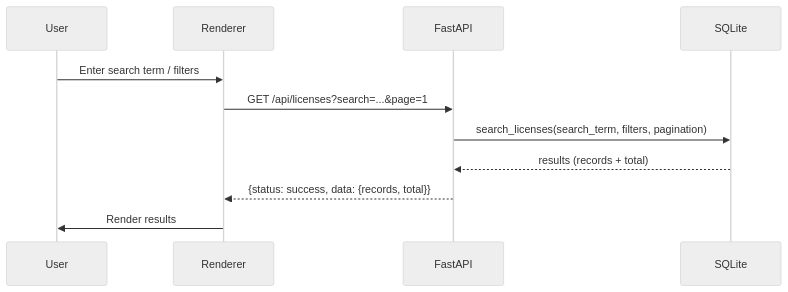
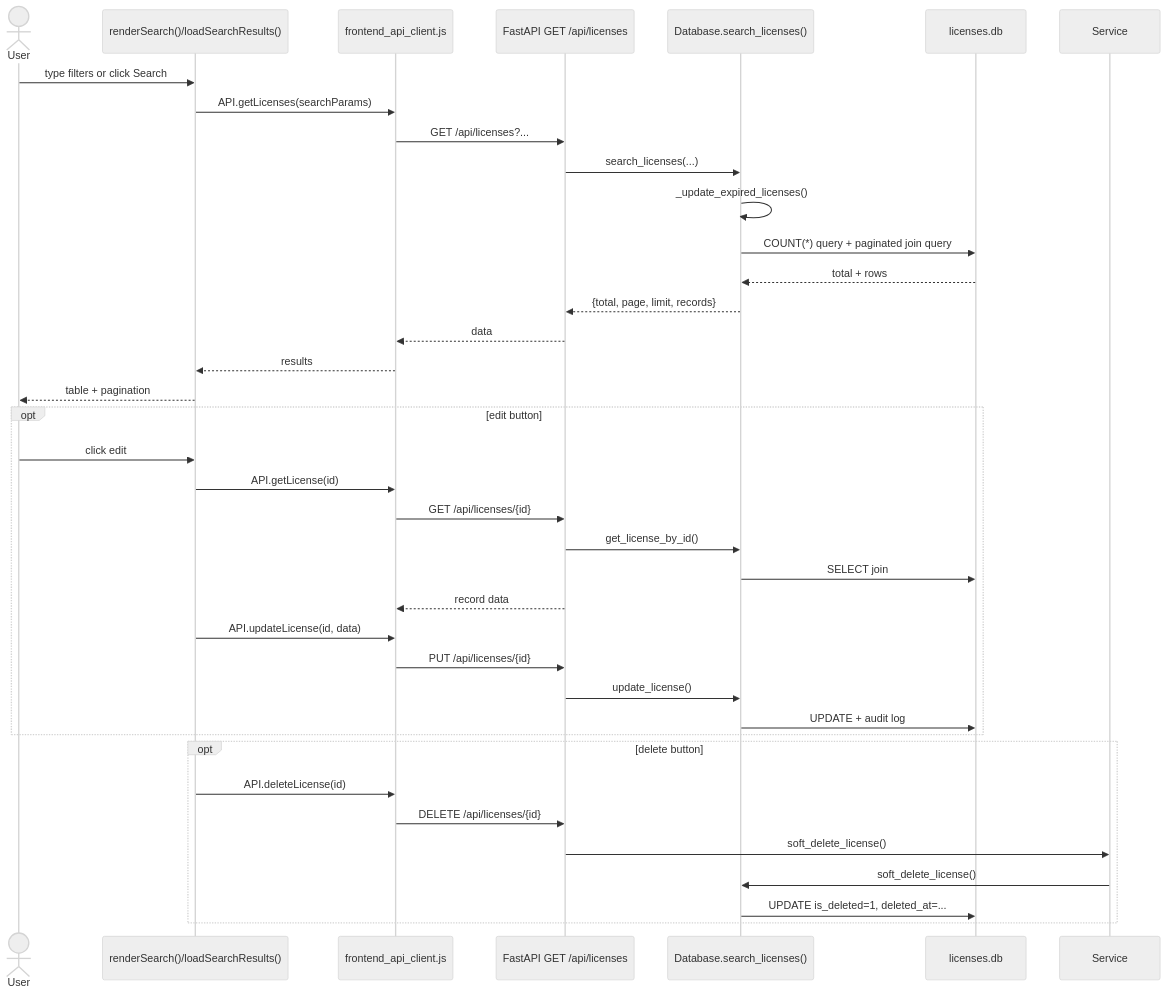
Before and after one commit to raouf-bendahmouche/hazmate: the diagram in docs/diagrams/sequence_search.mmd, drawn with Mermaid (neutral theme). The commit also changed 38 other files, not shown here.

Commit message:
login and diagrammes

```diff
--- a/docs/diagrams/sequence_search.mmd
+++ b/docs/diagrams/sequence_search.mmd
@@ -1,11 +1,40 @@
 sequenceDiagram
-    participant User
-    participant UI as Renderer
-    participant API as FastAPI
-    participant DB as SQLite
-    User->>UI: Enter search term / filters
-    UI->>API: GET /api/licenses?search=...&page=1
-    API->>DB: search_licenses(search_term, filters, pagination)
-    DB-->>API: results (records + total)
-    API-->>UI: {status: success, data: {records, total}}
-    UI->>User: Render results
+    actor User
+    participant UI as renderSearch()/loadSearchResults()
+    participant Client as frontend_api_client.js
+    participant API as FastAPI GET /api/licenses
+    participant DB as Database.search_licenses()
+    participant SQLite as licenses.db
+
+    User->>UI: type filters or click Search
+    UI->>Client: API.getLicenses(searchParams)
+    Client->>API: GET /api/licenses?...
+    API->>DB: search_licenses(...)
+    DB->>DB: _update_expired_licenses()
+    DB->>SQLite: COUNT(*) query + paginated join query
+    SQLite-->>DB: total + rows
+    DB-->>API: {total, page, limit, records}
+    API-->>Client: data
+    Client-->>UI: results
+    UI-->>User: table + pagination
+
+    opt edit button
+        User->>UI: click edit
+        UI->>Client: API.getLicense(id)
+        Client->>API: GET /api/licenses/{id}
+        API->>DB: get_license_by_id()
+        DB->>SQLite: SELECT join
+        API-->>Client: record data
+        UI->>Client: API.updateLicense(id, data)
+        Client->>API: PUT /api/licenses/{id}
+        API->>DB: update_license()
+        DB->>SQLite: UPDATE + audit log
+    end
+
+    opt delete button
+        UI->>Client: API.deleteLicense(id)
+        Client->>API: DELETE /api/licenses/{id}
+        API->>Service: soft_delete_license()
+        Service->>DB: soft_delete_license()
+        DB->>SQLite: UPDATE is_deleted=1, deleted_at=...
+    end
```
